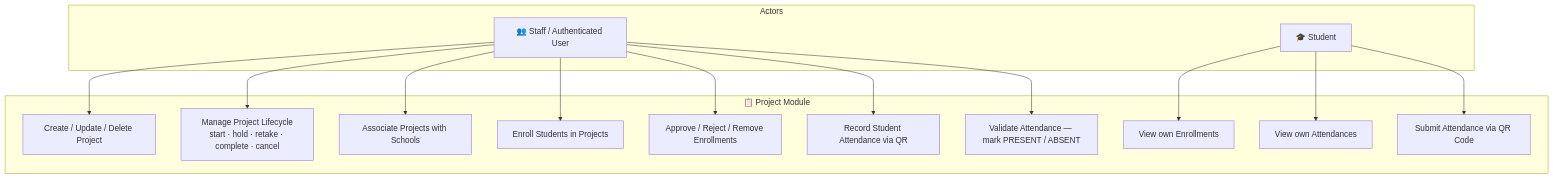
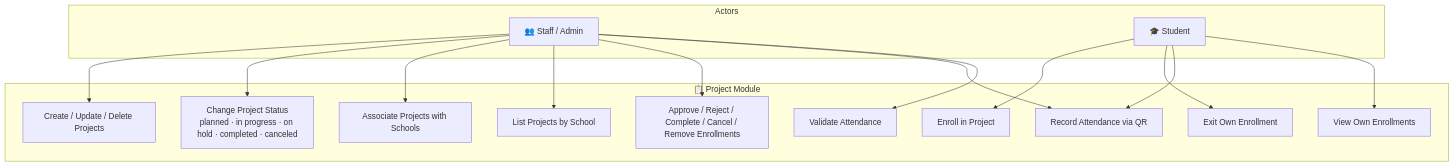
The sixth of 9 diagrams in pug-service/m-project/README.md (Plataforma-Universidade-Gratuita/pug-docs), drawn with Mermaid before and after one commit. The commit also changed other lines of this file and 6 other files, not shown here.

````diff
--- a/pug-service/m-project/README.md
+++ b/pug-service/m-project/README.md
@@ -212,32 +213,33 @@
 ```mermaid
 graph TB
     subgraph Actors
-        STAFF["👥 Staff / Authenticated User"]
+        STAFF["👥 Staff / Admin"]
         STUDENT["🎓 Student"]
     end
 
     subgraph ProjectModule["📋 Project Module"]
-        UC1["Create / Update / Delete Project"]
-        UC2["Manage Project Lifecycle<br/>start · hold · retake · complete · cancel"]
+        UC1["Create / Update / Delete Projects"]
+        UC2["Change Project Status<br/>planned · in progress · on hold · completed · canceled"]
         UC3["Associate Projects with Schools"]
-        UC4["Enroll Students in Projects"]
-        UC5["Approve / Reject / Remove Enrollments"]
-        UC6["Record Student Attendance via QR"]
-        UC7["Validate Attendance — mark PRESENT / ABSENT"]
-        UC8["View own Enrollments"]
-        UC9["View own Attendances"]
-        UC10["Submit Attendance via QR Code"]
+        UC4["List Projects by School"]
+        UC5["Enroll in Project"]
+        UC6["Approve / Reject / Complete / Cancel / Remove Enrollments"]
+        UC7["Exit Own Enrollment"]
+        UC8["Record Attendance via QR"]
+        UC9["Validate Attendance"]
+        UC10["View Own Enrollments"]
     end
 
     STAFF --> UC1
     STAFF --> UC2
     STAFF --> UC3
     STAFF --> UC4
-    STAFF --> UC5
     STAFF --> UC6
-    STAFF --> UC7
+    STAFF --> UC8
+    STAFF --> UC9
 
+    STUDENT --> UC5
+    STUDENT --> UC7
     STUDENT --> UC8
-    STUDENT --> UC9
     STUDENT --> UC10
 ```
````
